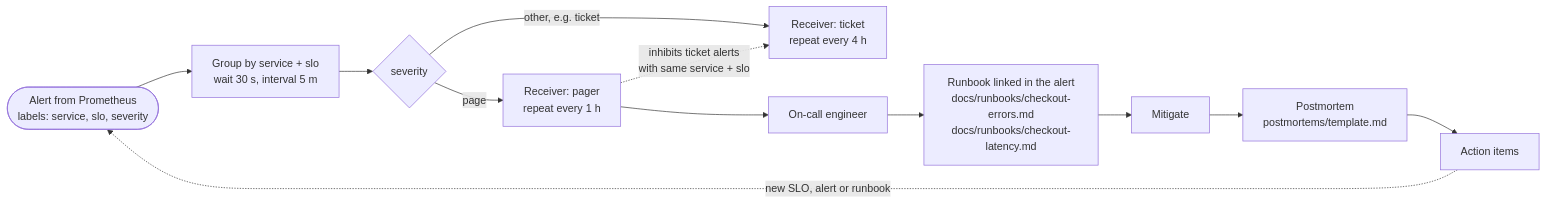
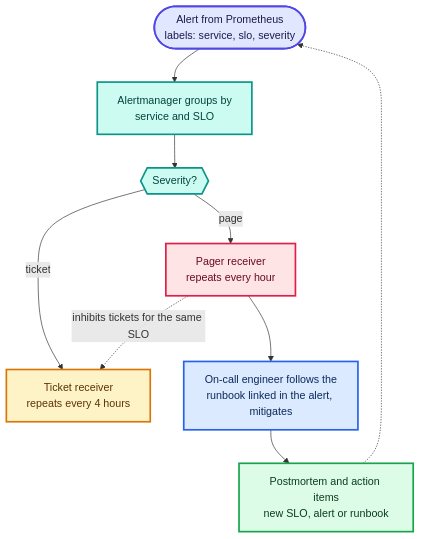
The third of 5 diagrams in projects/sre-reliability-lab/docs/schematics/README.md (Joxejaime/Projects-2026), drawn with Mermaid before and after one commit. The commit also changed other lines of this file and 62 other files, not shown here.

First line of the commit message:
Colour the schematics and add LinkedIn cards and carousels

````diff
--- a/projects/sre-reliability-lab/docs/schematics/README.md
+++ b/projects/sre-reliability-lab/docs/schematics/README.md
@@ -89,17 +108,29 @@
 ```mermaid
 %% title: Alert routing and the response loop
+%% headline: Pages wake someone. Tickets can wait.
+%% takeaway: Alertmanager routing, runbooks, postmortems and the action items that feed back into alerts.
+%% legend: entry=Alert,guard=Routing,alert=Page,data=Ticket,app=Human response,ok=Learning
 %% caption: observability/alertmanager.yml plus the docs. Pages go to the pager receiver and repeat hourly; everything else goes to the ticket receiver every 4 h. While a page is firing for an SLO, its ticket-level alerts are inhibited. Receiver URLs are placeholders: swap in PagerDuty, Opsgenie or Slack. The postmortems folder holds only a template, because no real incident has happened.
-flowchart LR
-    alert(["Alert from Prometheus<br/>labels: service, slo, severity"]) --> group["Group by service + slo<br/>wait 30 s, interval 5 m"]
-    group --> sev{"severity"}
-    sev -- "page" --> pager["Receiver: pager<br/>repeat every 1 h"]
-    sev -- "other, e.g. ticket" --> ticket["Receiver: ticket<br/>repeat every 4 h"]
-    pager -. "inhibits ticket alerts<br/>with same service + slo" .-> ticket
+flowchart TB
+    alert(["Alert from Prometheus<br/>labels: service, slo, severity"]) --> group["Alertmanager groups by<br/>service and SLO"]
+    group --> sev{{"Severity?"}}
+    sev -- page --> pager["Pager receiver<br/>repeats every hour"]
+    sev -- ticket --> ticket["Ticket receiver<br/>repeats every 4 hours"]
+    pager -. "inhibits tickets for the same SLO" .-> ticket
+    pager --> human["On-call engineer follows the<br/>runbook linked in the alert, mitigates"]
+    human --> pm["Postmortem and action items<br/>new SLO, alert or runbook"]
+    pm -.-> alert
 
-    pager --> human["On-call engineer"]
-    human --> rb["Runbook linked in the alert<br/>docs/runbooks/checkout-errors.md<br/>docs/runbooks/checkout-latency.md"]
-    rb --> mit["Mitigate"]
-    mit --> pm["Postmortem<br/>postmortems/template.md"]
-    pm --> act["Action items"]
-    act -. "new SLO, alert or runbook" .-> alert
+    classDef entry fill:#E0E7FF,stroke:#4F46E5,stroke-width:2.5px,color:#1E1B4B
+    classDef app fill:#DBEAFE,stroke:#2563EB,stroke-width:2.5px,color:#0B2A5B
+    classDef guard fill:#CCFBF1,stroke:#0D9488,stroke-width:2.5px,color:#04443F
+    classDef data fill:#FEF3C7,stroke:#D97706,stroke-width:2.5px,color:#5B3300
+    classDef alert fill:#FFE4E6,stroke:#E11D48,stroke-width:2.5px,color:#6B0A20
+    classDef ok fill:#DCFCE7,stroke:#16A34A,stroke-width:2.5px,color:#0B3D1E
+    class alert entry
+    class group,sev guard
+    class pager alert
+    class ticket data
+    class human app
+    class pm ok
 ```
````
